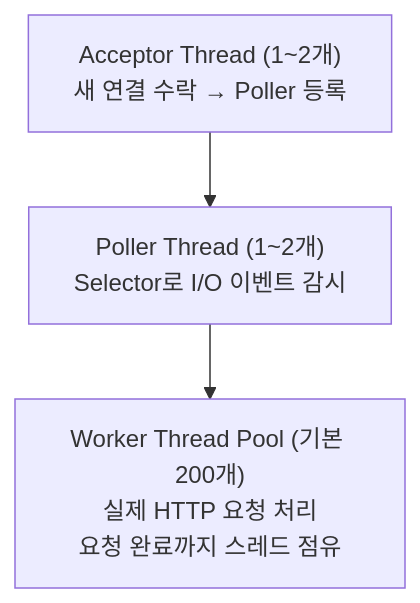
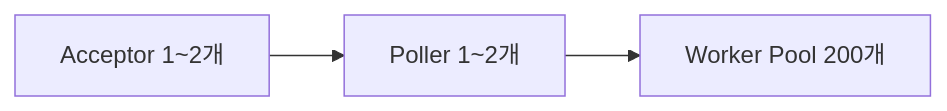
One commit to yjkim2015/yjkim2015.github.io changed the second of 7 diagrams in _posts/server/2026-05-01-tomcat-vs-netty.md. Above: the diagram before and after it, drawn with Mermaid. The commit also changed other lines of this file and 271 other files, not shown here.

First line of the commit message:
Mermaid 라벨 축소: 긴 노드 텍스트 18자 이하로 트림 + \n 제거

````diff
--- a/_posts/server/2026-05-01-tomcat-vs-netty.md
+++ b/_posts/server/2026-05-01-tomcat-vs-netty.md
@@ -44,7 +39,4 @@
 ```mermaid
-graph TD
-    AT["Acceptor Thread (1~2개)\n새 연결 수락 → Poller 등록"]
-    PT["Poller Thread (1~2개)\nSelector로 I/O 이벤트 감시"]
-    WT["Worker Thread Pool (기본 200개)\n실제 HTTP 요청 처리\n요청 완료까지 스레드 점유"]
-    AT --> PT --> WT
+graph LR
+    Acceptor["Acceptor 1~2개"] --> Poller["Poller 1~2개"] --> Workers["Worker Pool 200개"]
 ```
````
